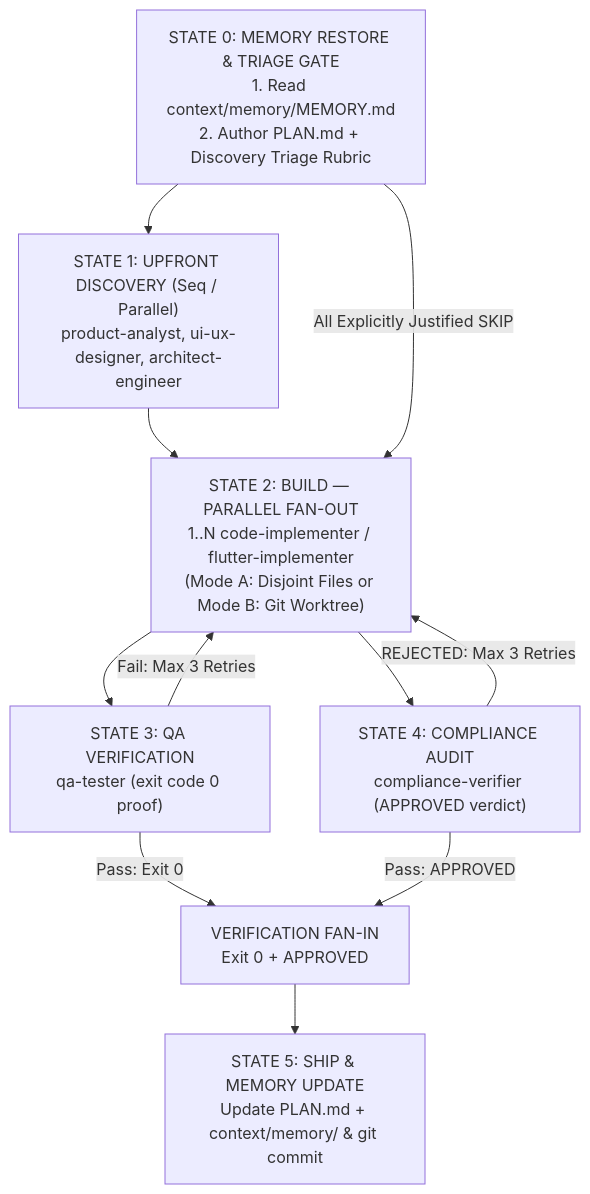
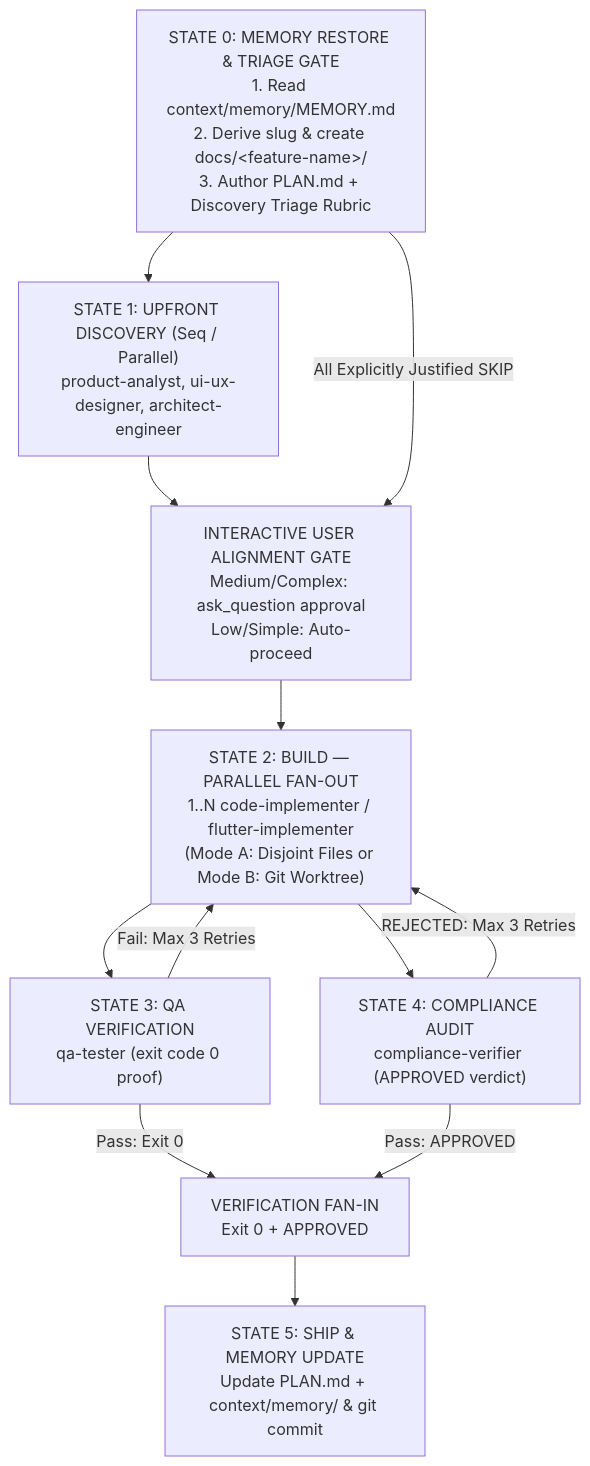
The diagram in AGENTS.md (jggomez/expert-ai-developer-skills), drawn with Mermaid before and after one commit. The commit also changed other lines of this file and 34 other files, not shown here.

Commit message:
feat: centralize feature artifacts in docs, add user alignment gate, and parallel collision rules

````diff
--- a/AGENTS.md
+++ b/AGENTS.md
@@ -25,13 +25,14 @@
 ```mermaid
 flowchart TD
-    STATE0["STATE 0: MEMORY RESTORE & TRIAGE GATE<br/>1. Read context/memory/MEMORY.md<br/>2. Author PLAN.md + Discovery Triage Rubric"] --> STATE1["STATE 1: UPFRONT DISCOVERY (Seq / Parallel)<br/>product-analyst, ui-ux-designer, architect-engineer"]
-    STATE1 --> STATE2["STATE 2: BUILD — PARALLEL FAN-OUT<br/>1..N code-implementer / flutter-implementer<br/>(Mode A: Disjoint Files or Mode B: Git Worktree)"]
-    STATE0 -->|"All Explicitly Justified SKIP"| STATE2
+    STATE0["STATE 0: MEMORY RESTORE & TRIAGE GATE<br/>1. Read context/memory/MEMORY.md<br/>2. Derive slug & create docs/&lt;feature-name&gt;/<br/>3. Author PLAN.md + Discovery Triage Rubric"] --> STATE1["STATE 1: UPFRONT DISCOVERY (Seq / Parallel)<br/>product-analyst, ui-ux-designer, architect-engineer"]
+    STATE1 --> GATE["INTERACTIVE USER ALIGNMENT GATE<br/>Medium/Complex: ask_question approval<br/>Low/Simple: Auto-proceed"]
+    STATE0 -->|"All Explicitly Justified SKIP"| GATE
+    GATE --> STATE2["STATE 2: BUILD — PARALLEL FAN-OUT<br/>1..N code-implementer / flutter-implementer<br/>(Mode A: Disjoint Files or Mode B: Git Worktree)"]
     STATE2 --> STATE3_4_QA["STATE 3: QA VERIFICATION<br/>qa-tester (exit code 0 proof)"]
     STATE2 --> STATE3_4_AUDIT["STATE 4: COMPLIANCE AUDIT<br/>compliance-verifier (APPROVED verdict)"]
     STATE3_4_QA -->|"Fail: Max 3 Retries"| STATE2
     STATE3_4_AUDIT -->|"REJECTED: Max 3 Retries"| STATE2
     STATE3_4_QA -->|"Pass: Exit 0"| FAN_IN["VERIFICATION FAN-IN<br/>Exit 0 + APPROVED"]
     STATE3_4_AUDIT -->|"Pass: APPROVED"| FAN_IN
     FAN_IN --> STATE5["STATE 5: SHIP & MEMORY UPDATE<br/>Update PLAN.md + context/memory/ & git commit"]
 ```
````
